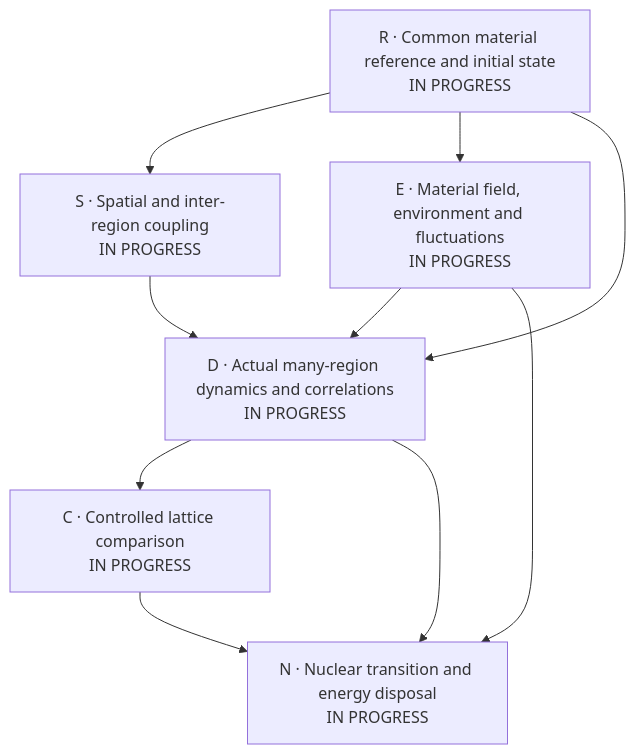
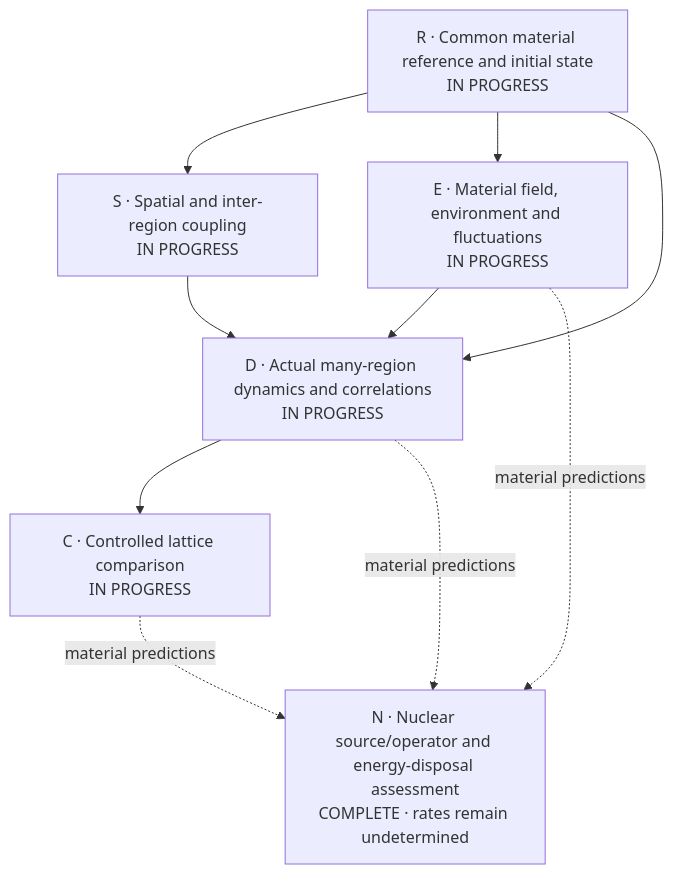
Before and after one commit to giuliano-vantasner/substrate-framework: the first of 2 diagrams in proposals/P254-ni-collective-response/SOLUTION.md, drawn with Mermaid. The commit also changed other lines of this file and 355 other files, not shown here.

````diff
--- a/proposals/P254-ni-collective-response/SOLUTION.md
+++ b/proposals/P254-ni-collective-response/SOLUTION.md
@@ -16,18 +16,18 @@
 ```mermaid
 flowchart TD
     R["R · Common material reference and initial state\nIN PROGRESS"]
     S["S · Spatial and inter-region coupling\nIN PROGRESS"]
     E["E · Material field, environment and fluctuations\nIN PROGRESS"]
     D["D · Actual many-region dynamics and correlations\nIN PROGRESS"]
     C["C · Controlled lattice comparison\nIN PROGRESS"]
-    N["N · Nuclear transition and energy disposal\nIN PROGRESS"]
+    N["N · Nuclear source/operator and energy-disposal assessment\nCOMPLETE · rates remain undetermined"]
     R --> S
     R --> E
     R --> D
     S --> D
     E --> D
     D --> C
-    E --> N
-    D --> N
-    C --> N
+    E -. "material predictions" .-> N
+    D -. "material predictions" .-> N
+    C -. "material predictions" .-> N
 ```
````
